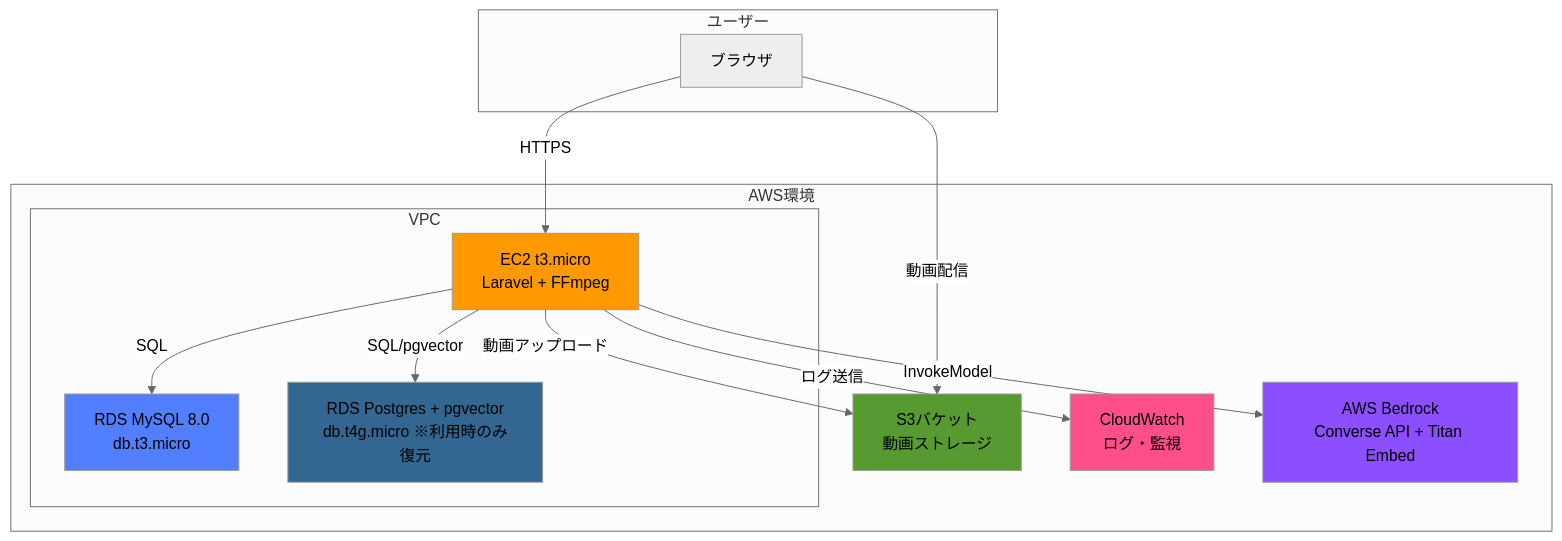
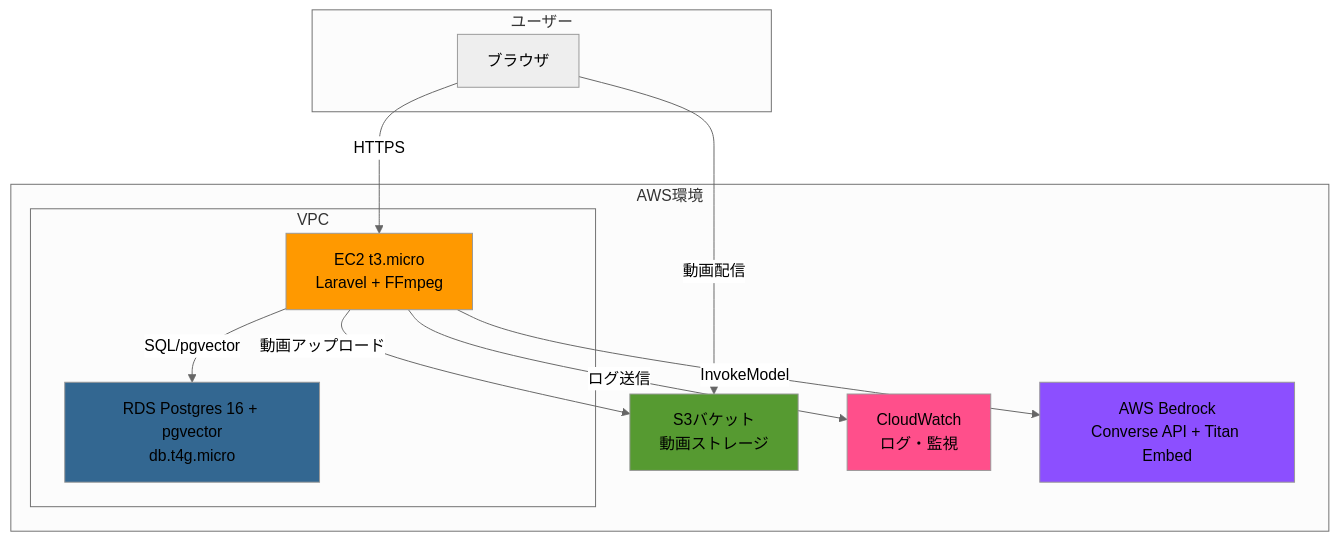
One commit to tetsu2026/movie-profile changed the first of 3 diagrams in docs/design-docs/02_architecture.md. Above: the diagram before and after it, drawn with Mermaid (neutral theme). The commit also changed other lines of this file and 5 other files, not shown here.

````diff
--- a/docs/design-docs/02_architecture.md
+++ b/docs/design-docs/02_architecture.md
@@ -19,33 +19,30 @@
 ```mermaid
 graph TB
     subgraph "ユーザー"
         Browser[ブラウザ]
     end
 
     subgraph "AWS環境"
         subgraph "VPC"
             EC2[EC2 t3.micro<br/>Laravel + FFmpeg]
-            RDS[RDS MySQL 8.0<br/>db.t3.micro]
-            RDSPG[RDS Postgres + pgvector<br/>db.t4g.micro ※利用時のみ復元]
+            RDS[RDS Postgres 16 + pgvector<br/>db.t4g.micro]
         end
 
         S3[S3バケット<br/>動画ストレージ]
         CloudWatch[CloudWatch<br/>ログ・監視]
         Bedrock[AWS Bedrock<br/>Converse API + Titan Embed]
     end
 
     Browser -->|HTTPS| EC2
     EC2 -->|動画アップロード| S3
     Browser -->|動画配信| S3
-    EC2 -->|SQL| RDS
-    EC2 -->|SQL/pgvector| RDSPG
+    EC2 -->|SQL/pgvector| RDS
     EC2 -->|InvokeModel| Bedrock
     EC2 -->|ログ送信| CloudWatch
 
     style EC2 fill:#FF9900
-    style RDS fill:#527FFF
-    style RDSPG fill:#336791
+    style RDS fill:#336791
     style S3 fill:#569A31
     style CloudWatch fill:#FF4F8B
     style Bedrock fill:#8C4FFF
 ```
````
